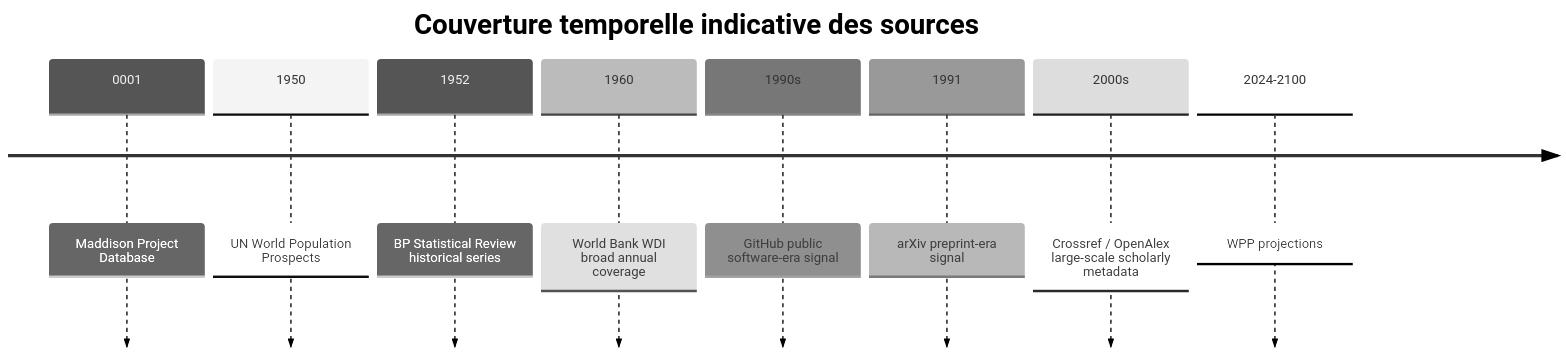
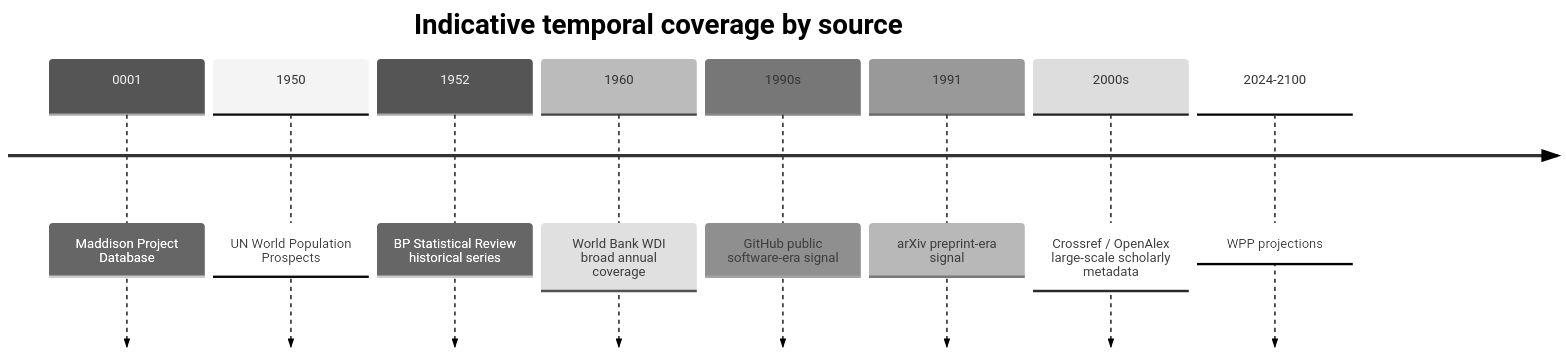
Before and after one commit to Patrice-Gaudicheau/ContinuityBreakDetector: the diagram in docs/sources_connection_detail.md, drawn with Mermaid (neutral theme). The commit also changed other lines of this file, not shown here.

Commit message:
docs: translate source catalog to English

````diff
--- a/docs/sources_connection_detail.md
+++ b/docs/sources_connection_detail.md
@@ -988,12 +536,12 @@
 ```mermaid
 timeline
-    title Couverture temporelle indicative des sources
+    title Indicative temporal coverage by source
     0001 : Maddison Project Database
     1950 : UN World Population Prospects
     1952 : BP Statistical Review historical series
     1960 : World Bank WDI broad annual coverage
     1990s : GitHub public software-era signal
     1991 : arXiv preprint-era signal
     2000s : Crossref / OpenAlex large-scale scholarly metadata
     2024-2100 : WPP projections
 ```
````
